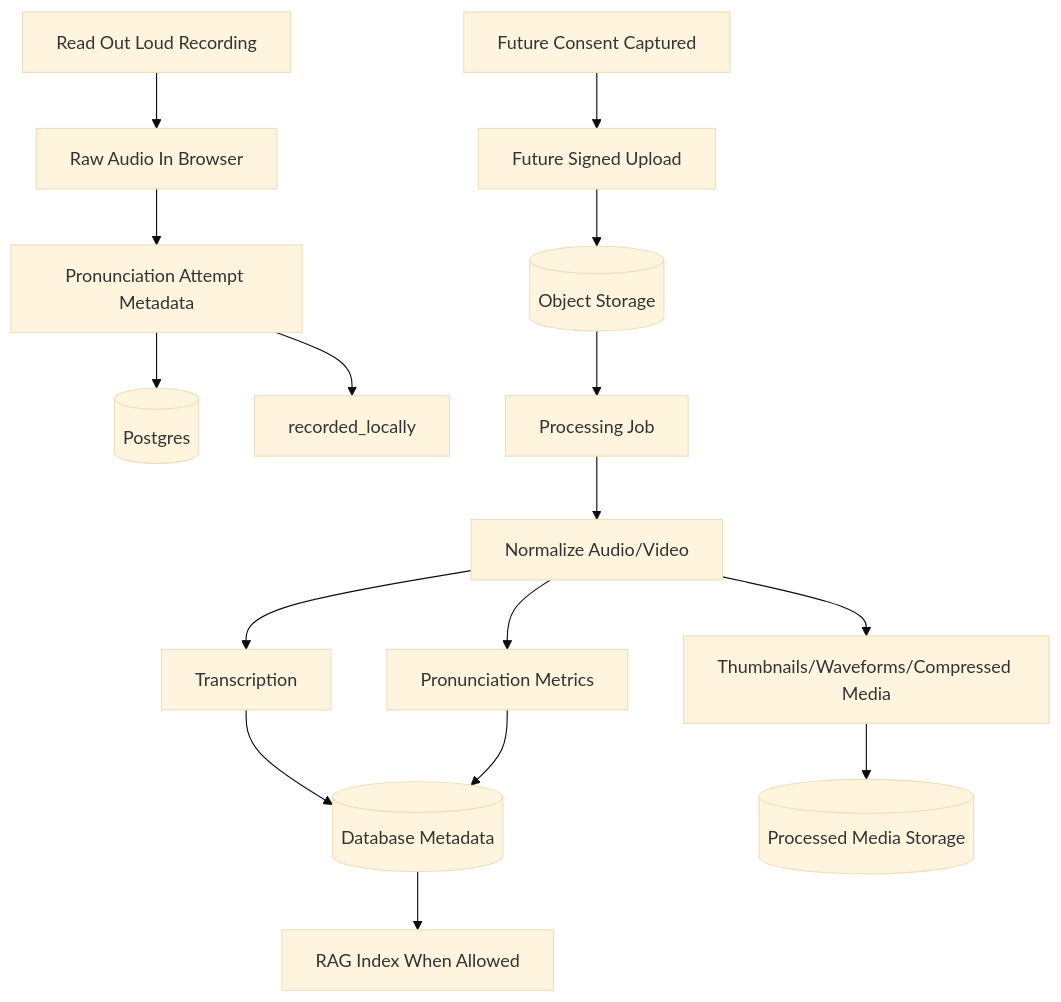
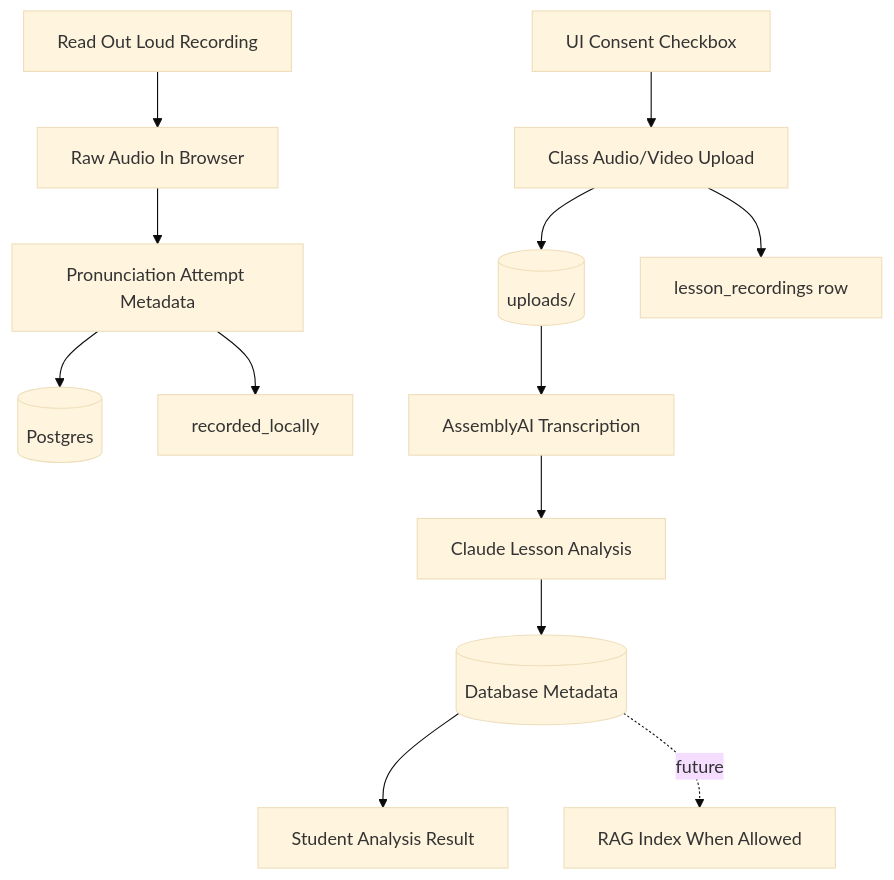
Before and after one commit to lvoliveiratec/english_app: the seventh of 8 diagrams in architecture/06-diagrams.md, drawn with Mermaid (base theme). The commit also changed other lines of this file and 21 other files, not shown here.

````diff
--- a/architecture/06-diagrams.md
+++ b/architecture/06-diagrams.md
@@ -161,19 +178,16 @@
 ```mermaid
 flowchart TD
   Practice[Read Out Loud Recording] --> LocalAudio[Raw Audio In Browser]
   LocalAudio --> Attempt[Pronunciation Attempt Metadata]
   Attempt --> DB[(Postgres)]
   Attempt --> Status[recorded_locally]
 
-  Consent[Future Consent Captured] --> Upload[Future Signed Upload]
-  Upload --> RawMedia[(Object Storage)]
-  RawMedia --> Job[Processing Job]
-  Job --> Normalize[Normalize Audio/Video]
-  Normalize --> Transcribe[Transcription]
-  Normalize --> Pronunciation[Pronunciation Metrics]
-  Normalize --> Derivatives[Thumbnails/Waveforms/Compressed Media]
-  Transcribe --> Metadata[(Database Metadata)]
-  Pronunciation --> Metadata
-  Derivatives --> ProcessedStorage[(Processed Media Storage)]
-  Metadata --> RAGIndex[RAG Index When Allowed]
+  Consent[UI Consent Checkbox] --> Upload[Class Audio/Video Upload]
+  Upload --> LocalFile[(uploads/)]
+  Upload --> RecordingRow[lesson_recordings row]
+  LocalFile --> Transcribe[AssemblyAI Transcription]
+  Transcribe --> Analyze[Claude Lesson Analysis]
+  Analyze --> Metadata[(Database Metadata)]
+  Metadata --> StudentResult[Student Analysis Result]
+  Metadata -. future .-> RAGIndex[RAG Index When Allowed]
 ```
````
